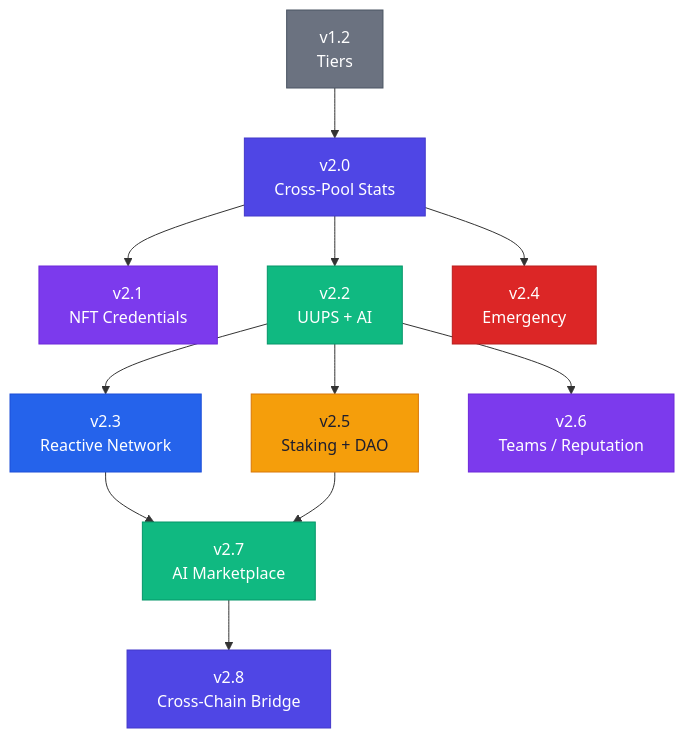
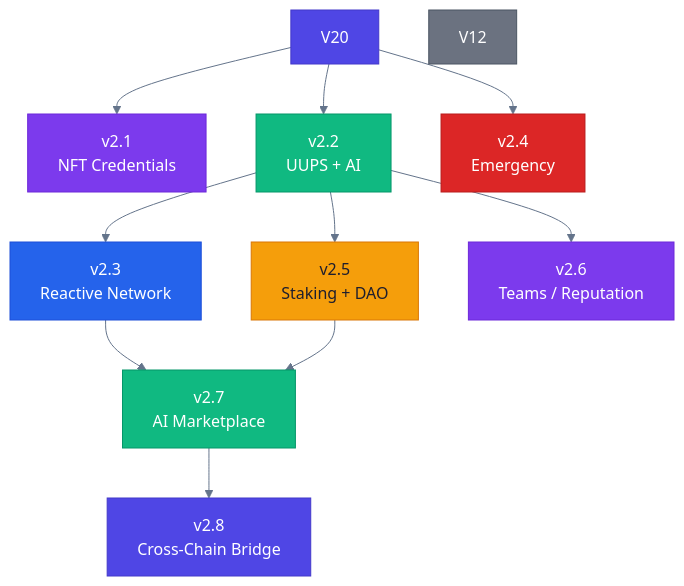
One commit to guglxni/the-fixer-hook changed diagram 13 of 13 in docs/ENHANCEMENT_BRAINSTORM.md. Above: the diagram before and after it, drawn with Mermaid. The commit also changed other lines of this file and 514 other files, not shown here.

Commit message:
Clean docs: remove emojis, add professional mermaid styling

````diff
--- a/docs/ENHANCEMENT_BRAINSTORM.md
+++ b/docs/ENHANCEMENT_BRAINSTORM.md
@@ -767,24 +724,23 @@
 ```mermaid
+%%{init: {'theme': 'neutral', 'themeVariables': { 'primaryColor': '#2563eb', 'primaryTextColor': '#1e293b', 'primaryBorderColor': '#3b82f6', 'lineColor': '#64748b', 'secondaryColor': '#f1f5f9', 'tertiaryColor': '#e2e8f0'}}}%%
 flowchart TD
-    V12["v1.2\nTiers"] --> V20["v2.0\nCross-Pool Stats"]
     V20 --> V21["v2.1\nNFT Credentials"]
     V20 --> V22["v2.2\nUUPS + AI"]
     V20 --> V24["v2.4\nEmergency"]
     V22 --> V23["v2.3\nReactive Network"]
     V22 --> V25["v2.5\nStaking + DAO"]
     V22 --> V26["v2.6\nTeams / Reputation"]
     V23 --> V27["v2.7\nAI Marketplace"]
     V25 --> V27
     V27 --> V28["v2.8\nCross-Chain Bridge"]
-
     style V12 fill:#6B7280,color:#FFFFFF,stroke:#4B5563
     style V20 fill:#4F46E5,color:#FFFFFF,stroke:#4338CA
     style V21 fill:#7C3AED,color:#FFFFFF,stroke:#6D28D9
     style V22 fill:#10B981,color:#FFFFFF,stroke:#059669
     style V24 fill:#DC2626,color:#FFFFFF,stroke:#B91C1C
     style V23 fill:#2563EB,color:#FFFFFF,stroke:#1D4ED8
     style V25 fill:#F59E0B,color:#1E1E2E,stroke:#D97706
     style V26 fill:#7C3AED,color:#FFFFFF,stroke:#6D28D9
     style V27 fill:#10B981,color:#FFFFFF,stroke:#059669
     style V28 fill:#4F46E5,color:#FFFFFF,stroke:#4338CA
 ```
````
